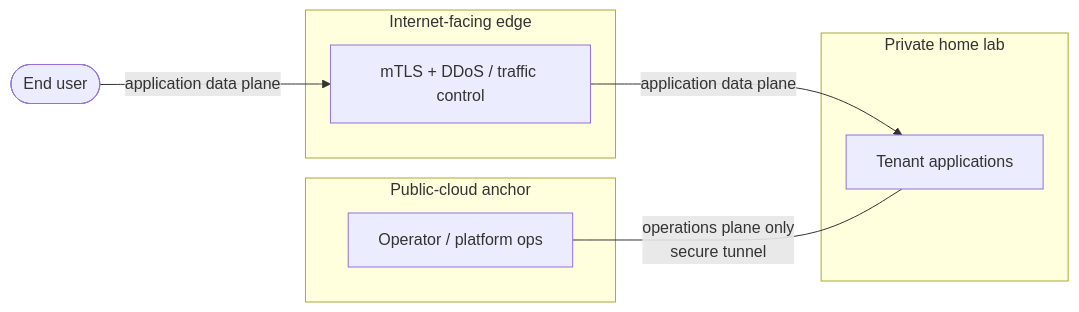
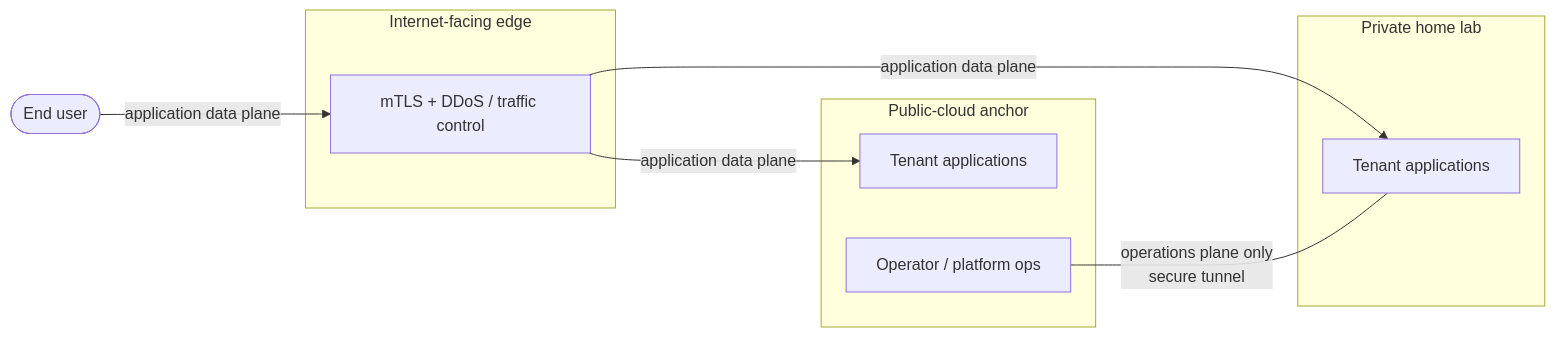
Before and after one commit to Zaba505/infra: the diagram in docs/content/capabilities/self-hosted-application-platform/adrs/0001-cross-environment-topology.md, drawn with Mermaid. The commit also changed other lines of this file, not shown here.

````diff
--- a/docs/content/capabilities/self-hosted-application-platform/adrs/0001-cross-environment-topology.md
+++ b/docs/content/capabilities/self-hosted-application-platform/adrs/0001-cross-environment-topology.md
@@ -87,17 +96,19 @@
 ```mermaid
 flowchart LR
     user([End user])
     subgraph edge[Internet-facing edge]
         cf[mTLS + DDoS / traffic control]
     end
     subgraph cloud[Public-cloud anchor]
+        capp[Tenant applications]
         ops[Operator / platform ops]
     end
     subgraph home[Private home lab]
-        app[Tenant applications]
+        happ[Tenant applications]
     end
 
     user -- application data plane --> cf
-    cf -- application data plane --> app
-    ops -- operations plane only<br/>secure tunnel --- app
+    cf -- application data plane --> capp
+    cf -- application data plane --> happ
+    ops -- operations plane only<br/>secure tunnel --- happ
 ```
````
